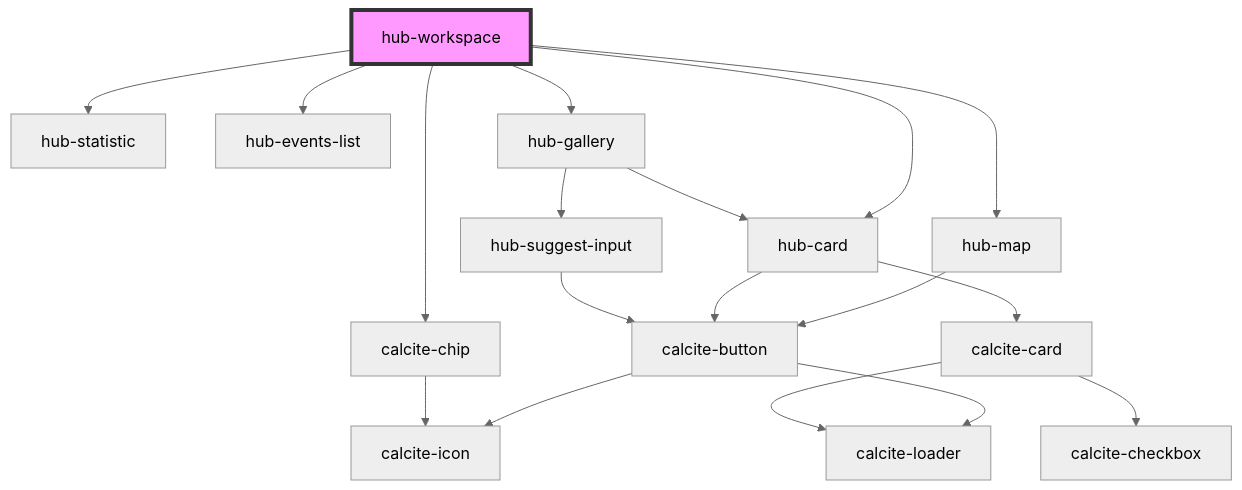
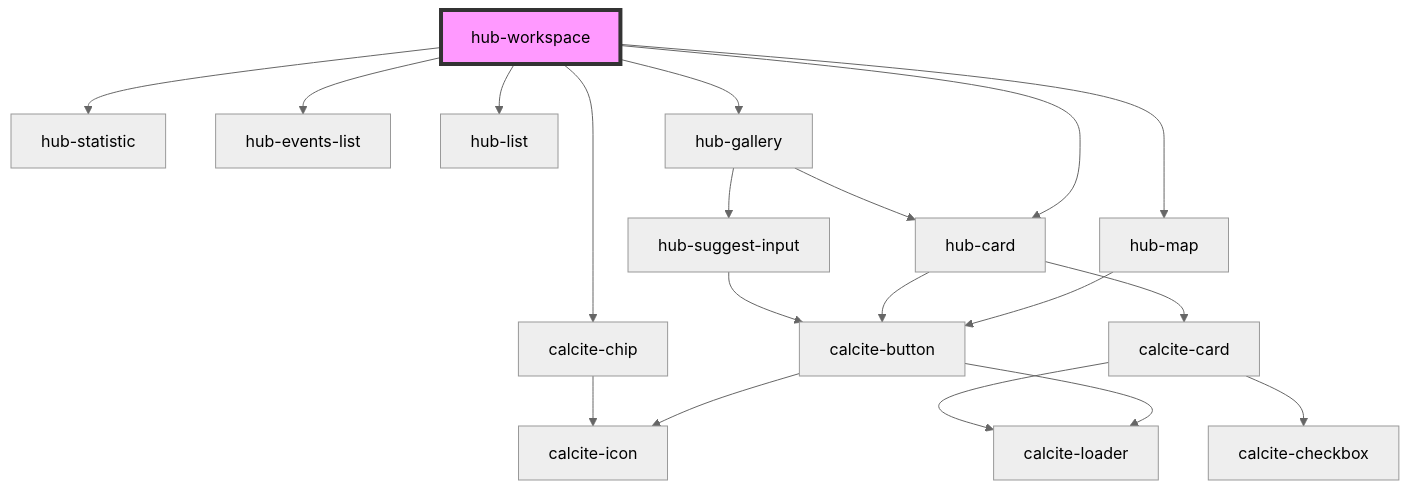
The diagram in src/components/hub-workspace/readme.md (esridc/hub-components-experiments), drawn with Mermaid (neutral theme) before and after one commit. The commit also changed other lines of this file and 12 other files, not shown here.

Commit message:
Added styled hub list elements

````diff
--- a/src/components/hub-workspace/readme.md
+++ b/src/components/hub-workspace/readme.md
@@ -27,21 +28,22 @@
 ```mermaid
 graph TD;
   hub-workspace --> hub-map
   hub-workspace --> hub-statistic
   hub-workspace --> calcite-chip
   hub-workspace --> hub-events-list
+  hub-workspace --> hub-list
   hub-workspace --> hub-card
   hub-workspace --> hub-gallery
   hub-map --> calcite-button
   calcite-button --> calcite-loader
   calcite-button --> calcite-icon
   calcite-chip --> calcite-icon
   hub-card --> calcite-button
   hub-card --> calcite-card
   calcite-card --> calcite-loader
   calcite-card --> calcite-checkbox
   hub-gallery --> hub-card
   hub-gallery --> hub-suggest-input
   hub-suggest-input --> calcite-button
   style hub-workspace fill:#f9f,stroke:#333,stroke-width:4px
 ```
````
